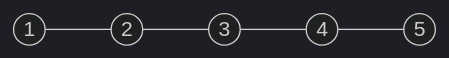
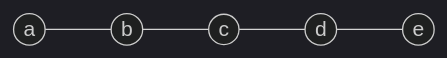
Before and after one commit to magin67/pmg-notes: the diagram in pmg-library/en/Getting Started and Foundations/Introduction/Laplacian Exponential.md, drawn with Mermaid (dark theme). The commit also changed other lines of this file and 73 other files, not shown here.

````diff
--- a/pmg-library/en/Getting Started and Foundations/Introduction/Laplacian Exponential.md
+++ b/pmg-library/en/Getting Started and Foundations/Introduction/Laplacian Exponential.md
@@ -125,7 +125,7 @@
 ```mermaid
 graph LR
-    a1((1)) --- a2((2))
-    a2 --- a3((3))
-    a3 --- a4((4))
-    a4 --- a5((5))
+    v1((a)) --- v2((b))
+    v2 --- v3((c))
+    v3 --- v4((d))
+    v4 --- v5((e))
 ```
````
